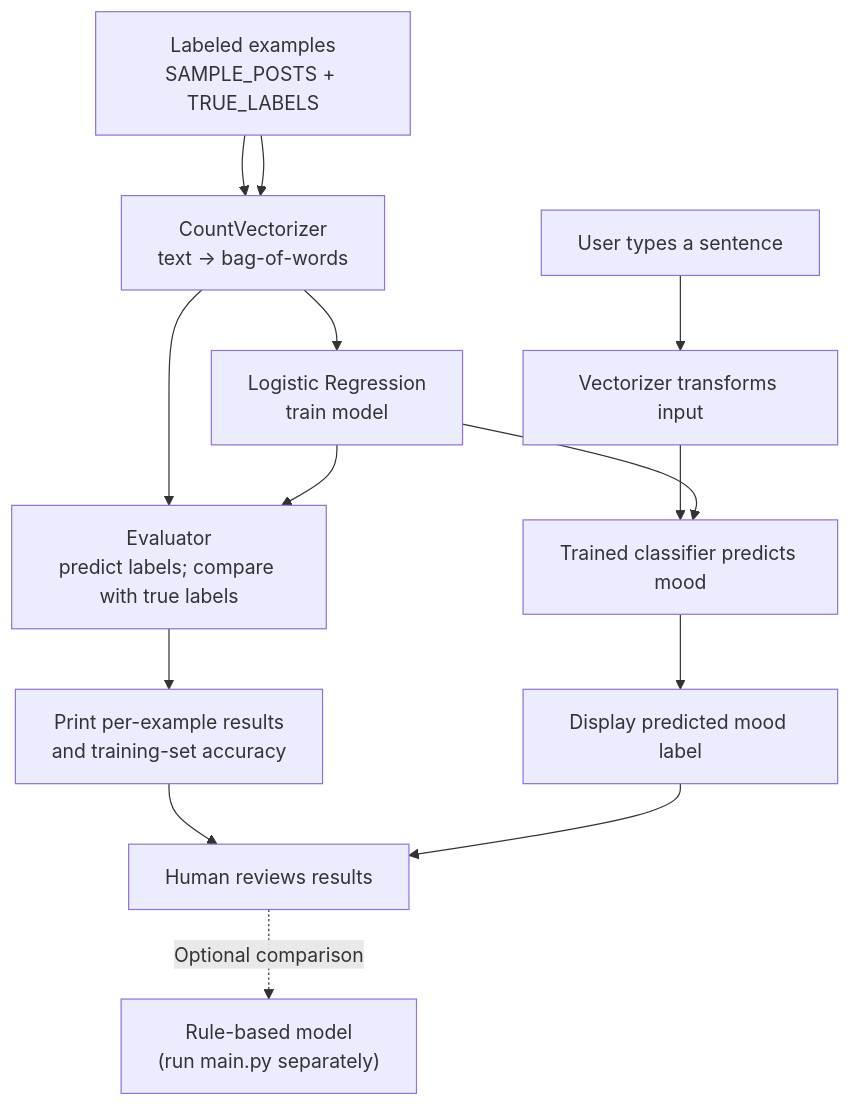
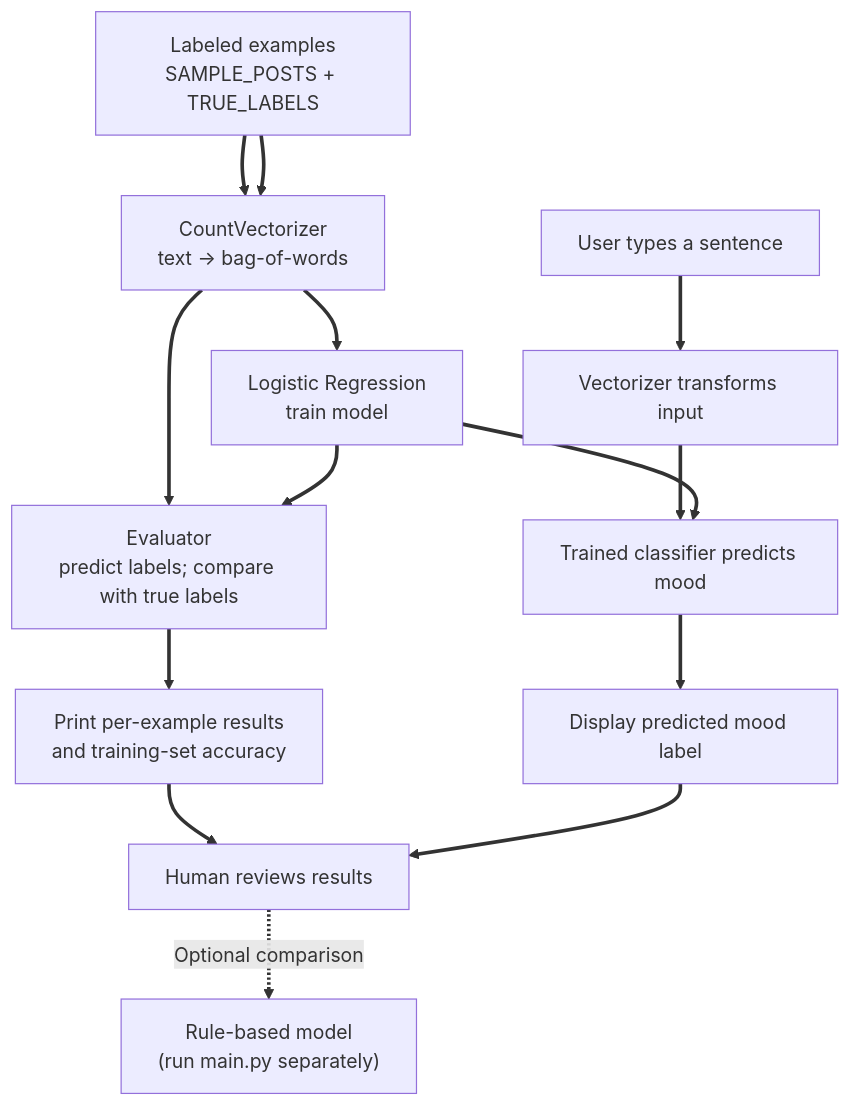
The diagram in diagrams/architecture.mmd (jtoalu/applied-ai-system-project), drawn with Mermaid before and after one commit.

Commit message:
make the arrow lines bigger

```diff
--- a/diagrams/architecture.mmd
+++ b/diagrams/architecture.mmd
@@ -1,16 +1,18 @@
 flowchart TD
     D["Labeled examples<br/>SAMPLE_POSTS + TRUE_LABELS"] --> V["CountVectorizer<br/>text → bag-of-words"]
     V --> LR["Logistic Regression<br/>train model"]
     D --> V
     V --> EV["Evaluator<br/>predict labels; compare with true labels"]
     LR --> EV
     EV --> MET["Print per-example results<br/>and training-set accuracy"]
     MET --> H["Human reviews results"]
 
     U["User types a sentence"] --> P["Vectorizer transforms input"]
     P --> C["Trained classifier predicts mood"]
     LR --> C
     C --> O["Display predicted mood label"]
     O --> H
 
     H -. "Optional comparison" .-> RB["Rule-based model<br/>(run main.py separately)"]
+
+    linkStyle default stroke-width:3px
```
